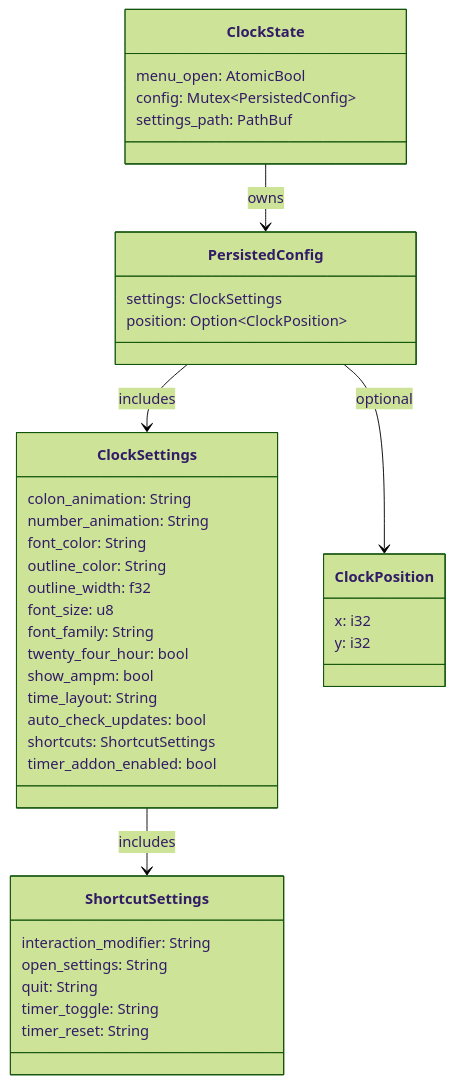
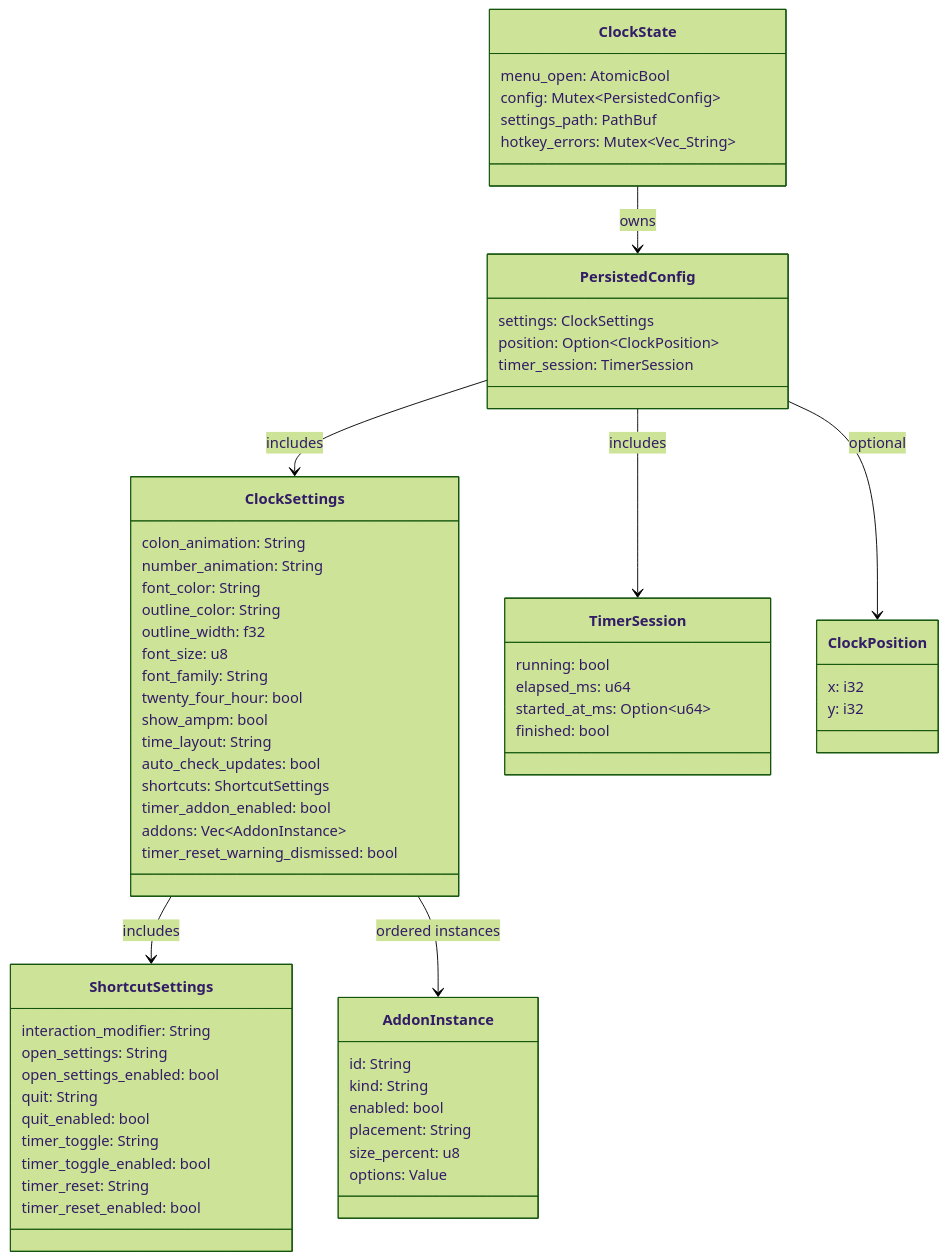
The first of 3 diagrams in src-tauri/src/doc/workflow_diagram.md (tbkmax/TopClock), drawn with Mermaid (forest theme) before and after one commit. The commit also changed other lines of this file and 27 other files, not shown here.

````diff
--- a/src-tauri/src/doc/workflow_diagram.md
+++ b/src-tauri/src/doc/workflow_diagram.md
@@ -5,42 +5,66 @@
 ```mermaid
 classDiagram
     class ClockState {
       menu_open: AtomicBool
       config: Mutex~PersistedConfig~
       settings_path: PathBuf
+      hotkey_errors: Mutex~Vec_String~
     }
     class PersistedConfig {
       settings: ClockSettings
       position: Option~ClockPosition~
+      timer_session: TimerSession
     }
     class ClockSettings {
       colon_animation: String
       number_animation: String
       font_color: String
       outline_color: String
       outline_width: f32
       font_size: u8
       font_family: String
       twenty_four_hour: bool
       show_ampm: bool
       time_layout: String
       auto_check_updates: bool
       shortcuts: ShortcutSettings
       timer_addon_enabled: bool
+      addons: Vec~AddonInstance~
+      timer_reset_warning_dismissed: bool
     }
     class ShortcutSettings {
       interaction_modifier: String
       open_settings: String
+      open_settings_enabled: bool
       quit: String
+      quit_enabled: bool
       timer_toggle: String
+      timer_toggle_enabled: bool
       timer_reset: String
+      timer_reset_enabled: bool
+    }
+    class AddonInstance {
+      id: String
+      kind: String
+      enabled: bool
+      placement: String
+      size_percent: u8
+      options: Value
+    }
+    class TimerSession {
+      running: bool
+      elapsed_ms: u64
+      started_at_ms: Option~u64~
+      finished: bool
     }
     class ClockPosition {
       x: i32
       y: i32
     }
     ClockState --> PersistedConfig : owns
     PersistedConfig --> ClockSettings : includes
     ClockSettings --> ShortcutSettings : includes
+    ClockSettings --> AddonInstance : ordered instances
+    PersistedConfig --> TimerSession : includes
     PersistedConfig --> ClockPosition : optional
 ```
````
